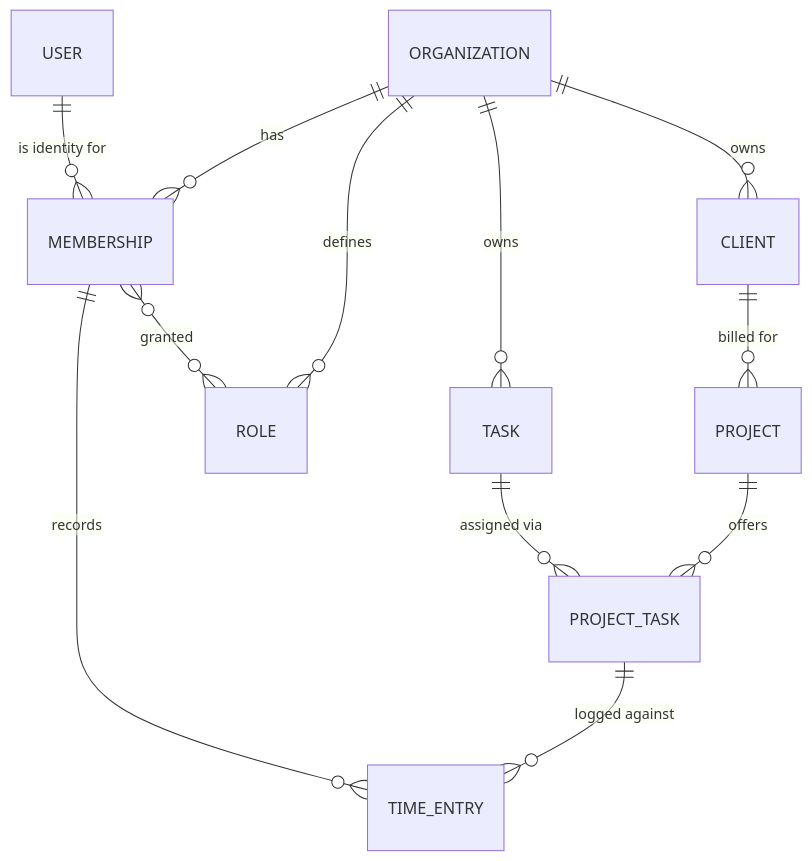
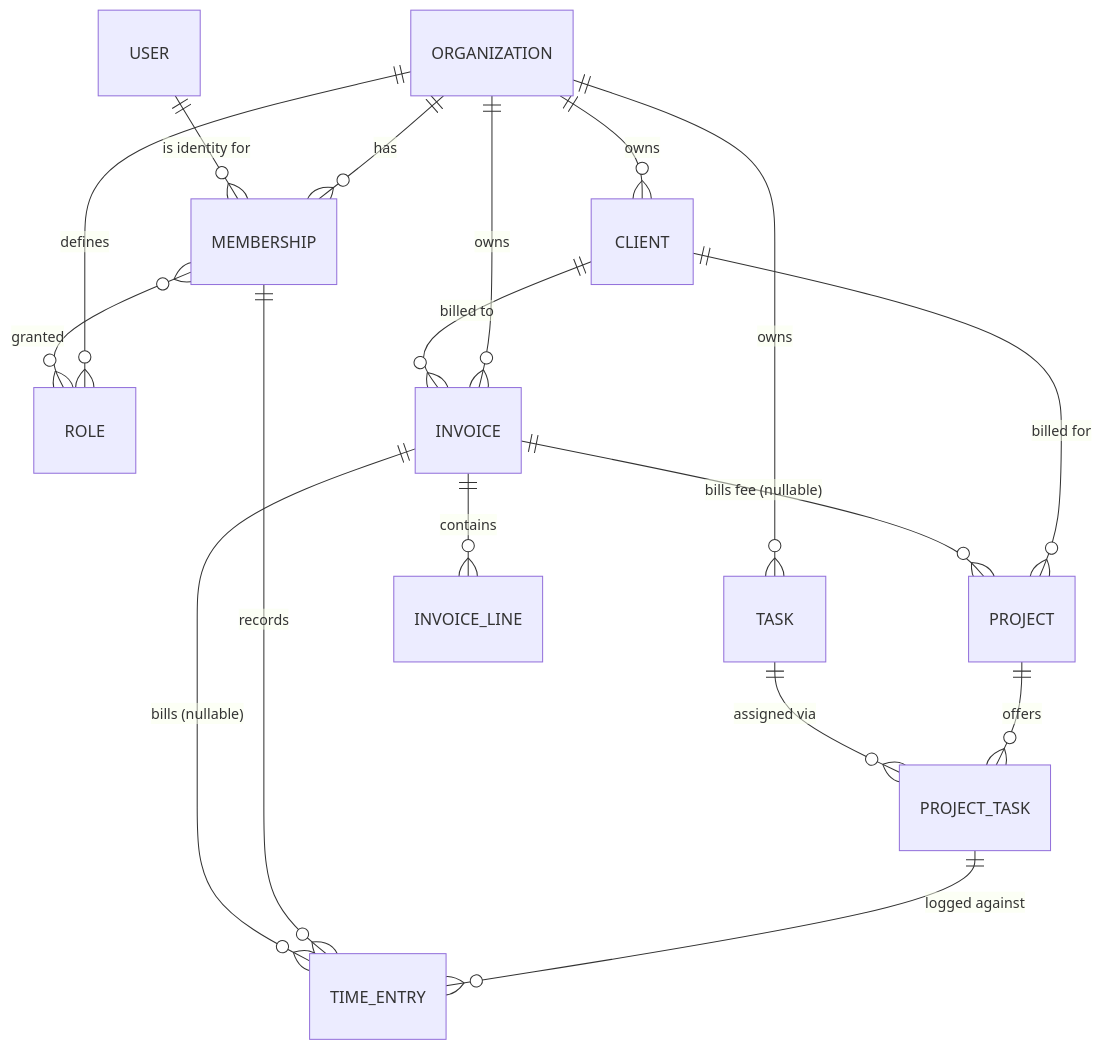
Before and after one commit to CaseyZS/Conflux-POC: the diagram in docs/requirements/data-model.md, drawn with Mermaid. The commit also changed other lines of this file and 1 other file, not shown here.

First line of the commit message:
Add Invoice/InvoiceLine entities and archive-not-delete guardrail (G12)

````diff
--- a/docs/requirements/data-model.md
+++ b/docs/requirements/data-model.md
@@ -42,14 +53,19 @@
 ```mermaid
 erDiagram
     ORGANIZATION ||--o{ MEMBERSHIP : has
     ORGANIZATION ||--o{ CLIENT : owns
     ORGANIZATION ||--o{ TASK : owns
     ORGANIZATION ||--o{ ROLE : defines
     USER ||--o{ MEMBERSHIP : "is identity for"
     MEMBERSHIP }o--o{ ROLE : granted
     CLIENT ||--o{ PROJECT : "billed for"
     PROJECT ||--o{ PROJECT_TASK : offers
     TASK ||--o{ PROJECT_TASK : "assigned via"
     PROJECT_TASK ||--o{ TIME_ENTRY : "logged against"
     MEMBERSHIP ||--o{ TIME_ENTRY : records
+    ORGANIZATION ||--o{ INVOICE : owns
+    CLIENT ||--o{ INVOICE : "billed to"
+    INVOICE ||--o{ INVOICE_LINE : contains
+    INVOICE ||--o{ TIME_ENTRY : "bills (nullable)"
+    INVOICE ||--o{ PROJECT : "bills fee (nullable)"
 ```
````
